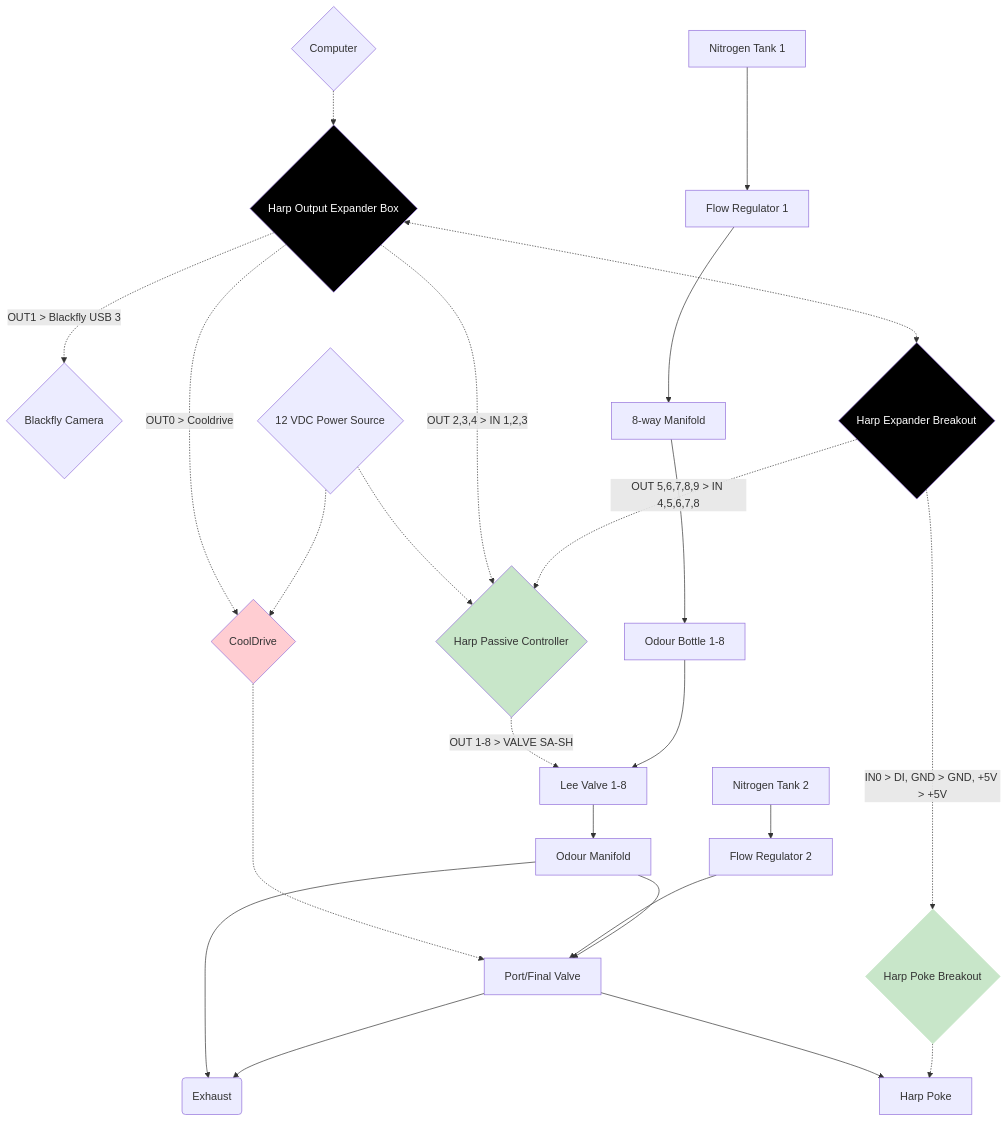
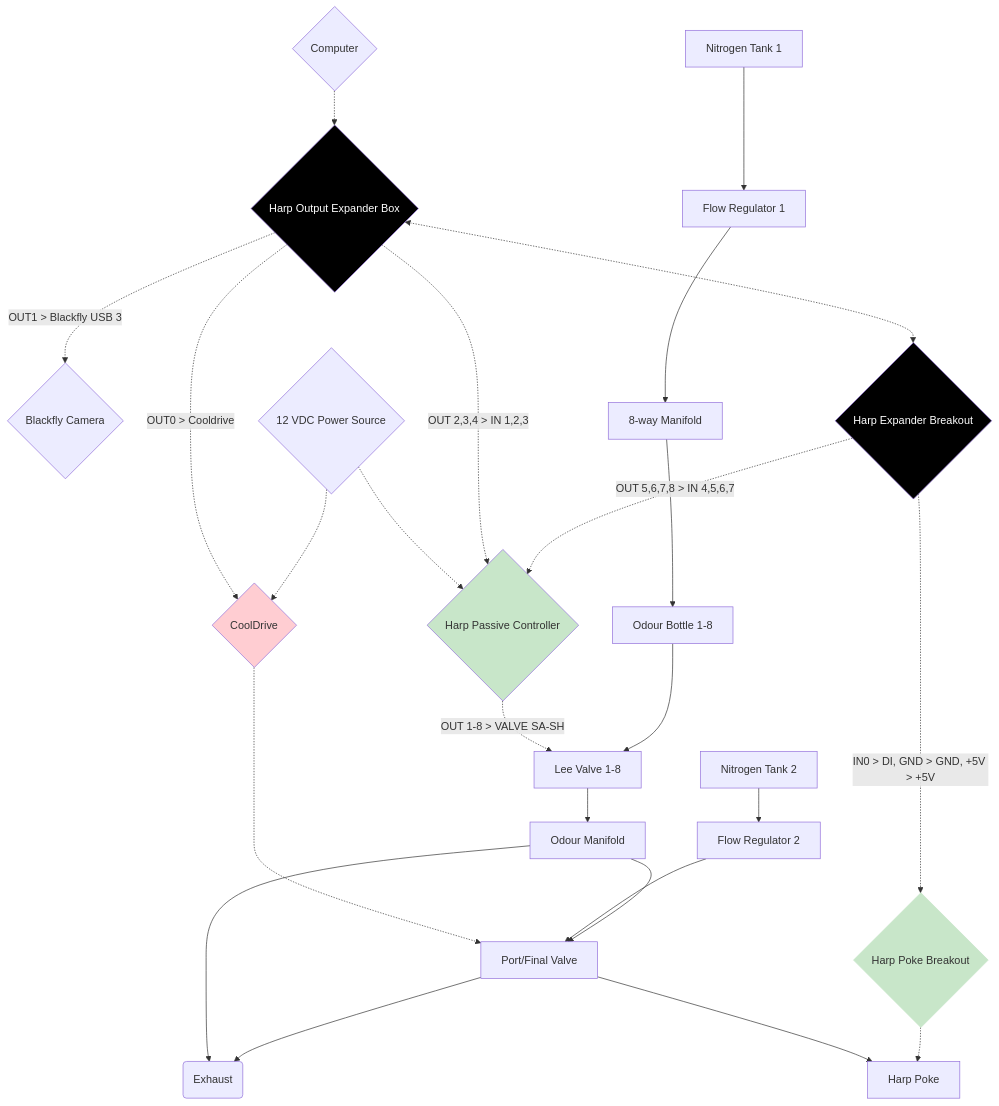
Before and after one commit to goatsofnaxos/Delphi: the first of 2 diagrams in Design and Operations/specs.md, drawn with Mermaid. The commit also changed other lines of this file, not shown here.

````diff
--- a/Design and Operations/specs.md
+++ b/Design and Operations/specs.md
@@ -173,28 +173,28 @@
 ```mermaid
 flowchart TD
     A["Nitrogen Tank 1"] --> B["Flow Regulator 1"]
     HH["Nitrogen Tank 2"] --> C["Flow Regulator 2"]
     AA{"Computer"} -.-> BB{"Harp Output Expander Box"}
     BB -. OUT1 > Blackfly USB 3 .-> CC{"Blackfly Camera"}
     BB -. OUT0 > Cooldrive .-> DD{"CoolDrive"}
     EE{"12 VDC Power Source"} -.-> Y{"Harp Passive Controller"} & DD
     DD -.-> E["Port/Final Valve"]
     BB -. OUT 2,3,4 > IN 1,2,3 .-> Y
     Y -. OUT 1-8 > VALVE SA-SH .-> Q["Lee Valve 1-8"]
     C --> E
     B --> D["8-way Manifold"]
     D --> F["Odour Bottle 1-8"]
     F --> Q
     Q --> N["Odour Manifold"]
     N --> O("Exhaust") & E
     E --> P["Harp Poke"] & O
     FF{"Harp Expander Breakout"} -. IN0 > DI, GND > GND, +5V > +5V .-> GG{"Harp Poke Breakout"}
     GG -.-> P
     BB <-.-> FF
-    FF -. OUT 5,6,7,8,9 > IN 4,5,6,7,8 .-> Y
+    FF -. OUT 5,6,7,8 > IN 4,5,6,7 .-> Y
     style BB fill:#000000,color:#FFFFFF
     style DD fill:#FFCDD2
     style Y fill:#C8E6C9
     style FF fill:#000000,color:#FFFFFF
     style GG stroke:#C8E6C9,fill:#C8E6C9
 ```
````
